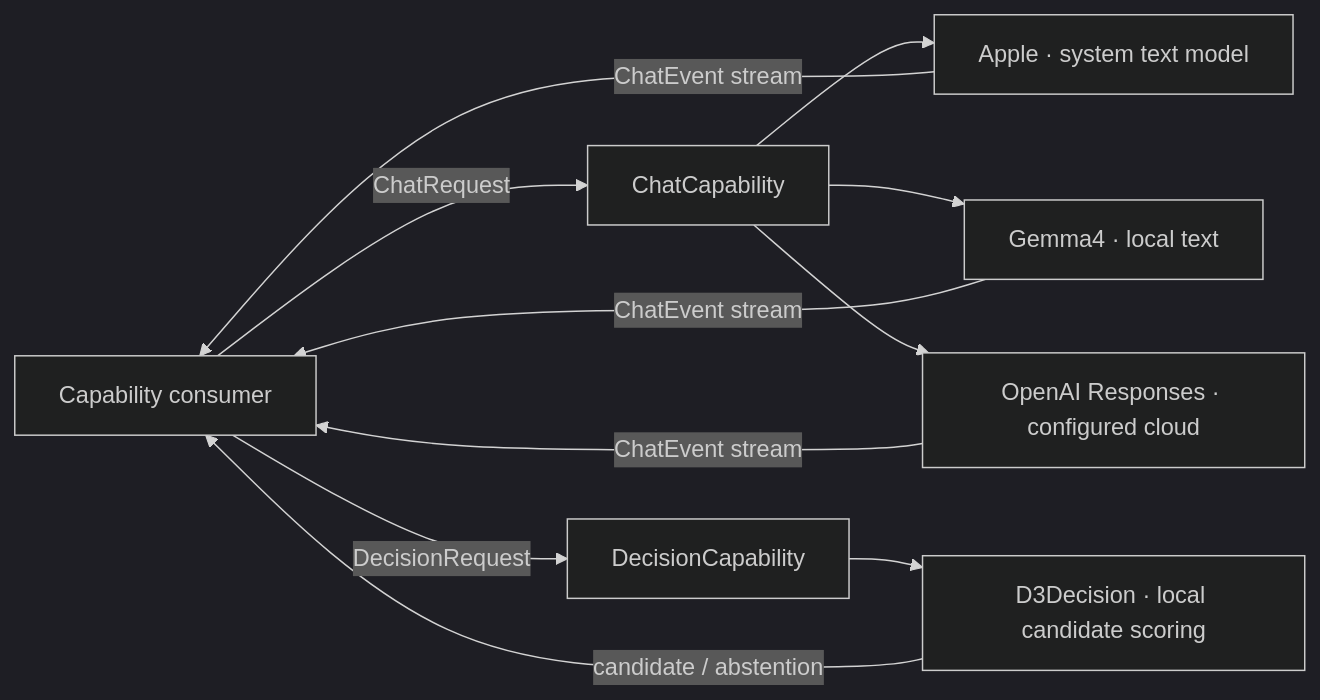
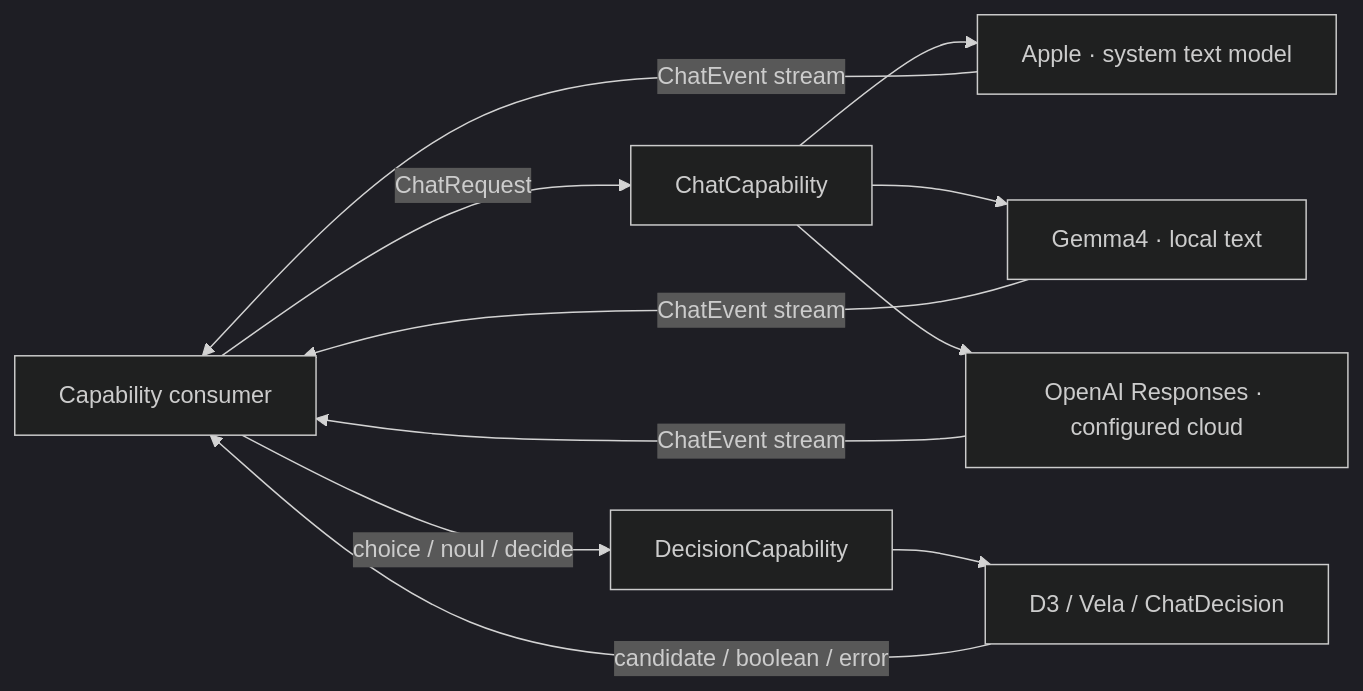
The diagram in MobileHarness/ModelKit/Language/README.md (devilyouwei/MobileHarness), drawn with Mermaid (dark theme) before and after one commit. The commit also changed other lines of this file and 173 other files, not shown here.

````diff
--- a/MobileHarness/ModelKit/Language/README.md
+++ b/MobileHarness/ModelKit/Language/README.md
@@ -9,13 +9,13 @@
 ```mermaid
 flowchart LR
     Caller["Capability consumer"] -->|ChatRequest| Chat["ChatCapability"]
     Chat --> Apple["Apple · system text model"]
     Apple -->|ChatEvent stream| Caller
     Chat --> Gemma["Gemma4 · local text"]
     Chat --> Cloud["OpenAI Responses · configured cloud"]
     Gemma -->|ChatEvent stream| Caller
     Cloud -->|ChatEvent stream| Caller
-    Caller -->|DecisionRequest| Decision["DecisionCapability"]
-    Decision --> D3["D3Decision · local candidate scoring"]
-    D3 -->|candidate / abstention| Caller
+    Caller -->|"choice / noul / decide"| Decision["DecisionCapability"]
+    Decision --> D3["D3 / Vela / ChatDecision"]
+    D3 -->|candidate / boolean / error| Caller
 ```
````
